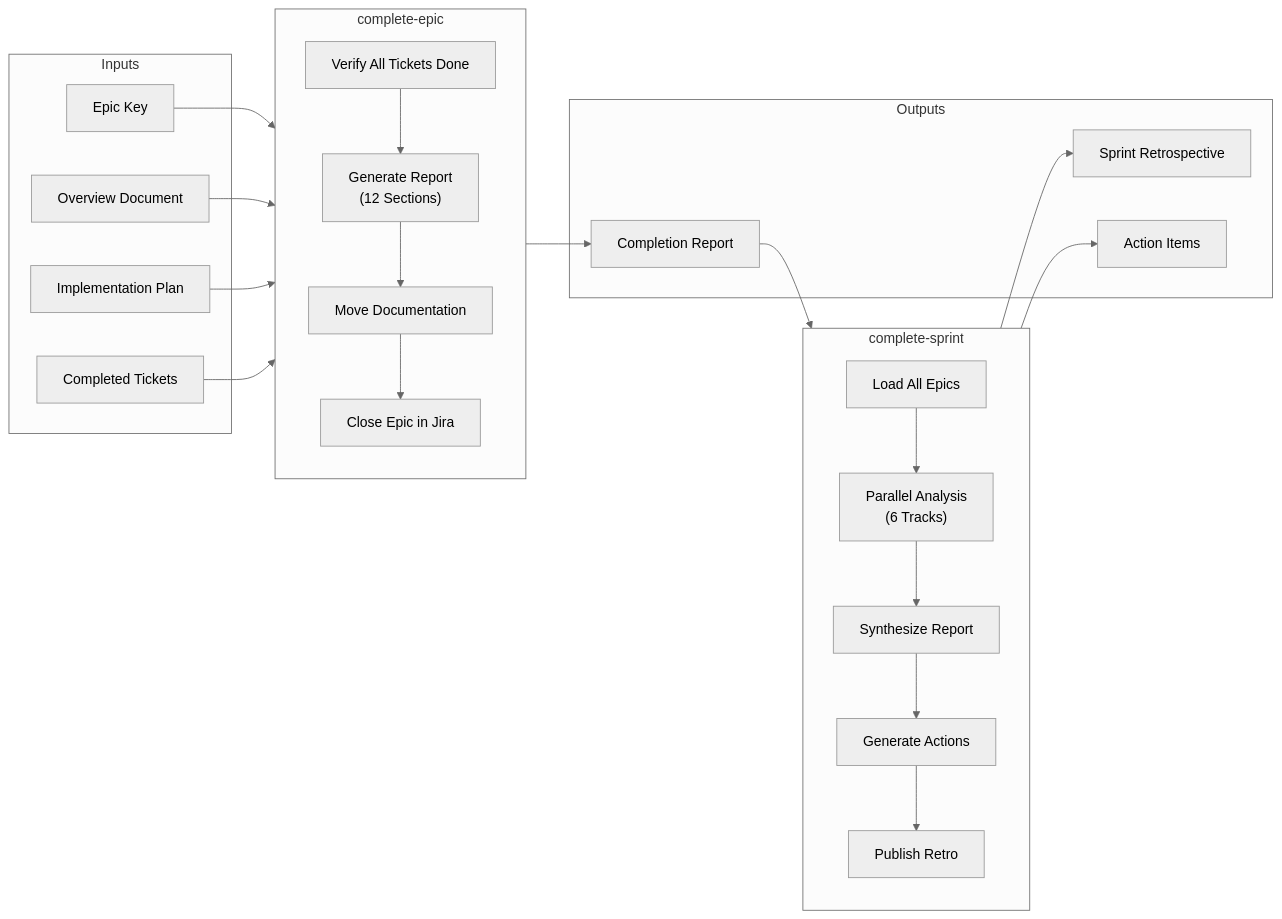
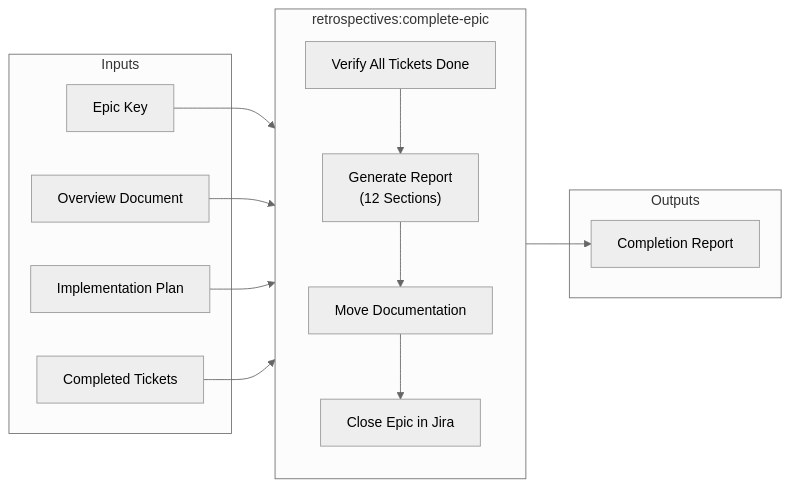
One commit to Jeffallan/claude-skills changed the fifth of 5 diagrams in docs/WORKFLOW_COMMANDS.md. Above: the diagram before and after it, drawn with Mermaid (neutral theme). The commit also changed other lines of this file and 76 other files, not shown here.

````diff
--- a/docs/WORKFLOW_COMMANDS.md
+++ b/docs/WORKFLOW_COMMANDS.md
@@ -551,45 +561,29 @@
 ```mermaid
 flowchart LR
     subgraph Inputs
         EK["Epic Key"]
         OD["Overview Document"]
         IP["Implementation Plan"]
         JT["Completed Tickets"]
     end
 
-    subgraph CompleteEpic["complete-epic"]
+    subgraph CompleteEpic["retrospectives:complete-epic"]
         direction TB
         VT["Verify All Tickets Done"]
         GR["Generate Report<br/>(12 Sections)"]
         MD["Move Documentation"]
         CE["Close Epic in Jira"]
 
         VT --> GR --> MD --> CE
     end
 
-    subgraph CompleteSprint["complete-sprint"]
-        direction TB
-        LE["Load All Epics"]
-        PT["Parallel Analysis<br/>(6 Tracks)"]
-        SR["Synthesize Report"]
-        GA["Generate Actions"]
-        PR["Publish Retro"]
-
-        LE --> PT --> SR --> GA --> PR
-    end
-
     subgraph Outputs
         CR["Completion Report"]
-        SR2["Sprint Retrospective"]
-        AI["Action Items"]
     end
 
     EK --> CompleteEpic
     OD --> CompleteEpic
     IP --> CompleteEpic
     JT --> CompleteEpic
     CompleteEpic --> CR
-    CR --> CompleteSprint
-    CompleteSprint --> SR2
-    CompleteSprint --> AI
 ```
````
